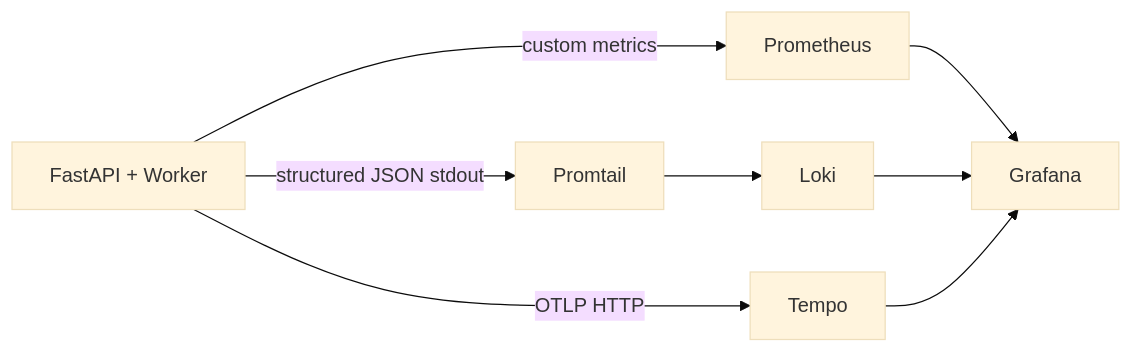
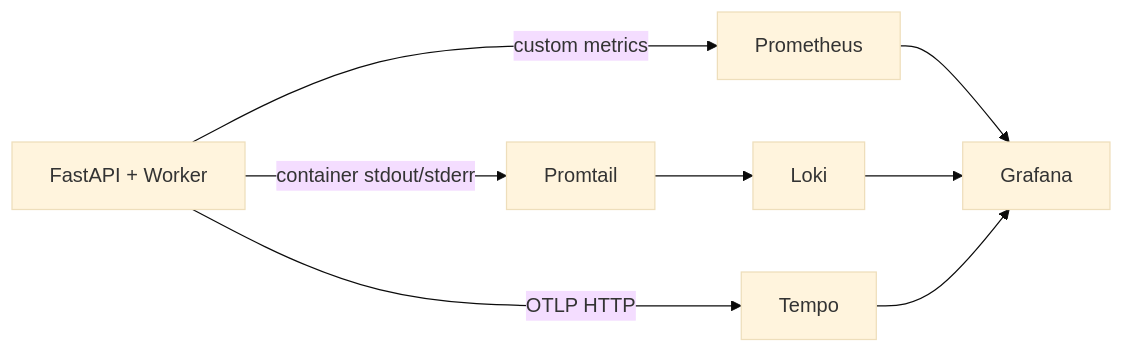
The diagram in docs/architecture/observability.md (Pragadeesh122/AgenticRag), drawn with Mermaid (base theme) before and after one commit. The commit also changed other lines of this file and 12 other files, not shown here.

Commit message:
Documentation sync with current architecture

````diff
--- a/docs/architecture/observability.md
+++ b/docs/architecture/observability.md
@@ -5,10 +5,10 @@
 ```mermaid
 flowchart LR
     API[FastAPI + Worker] -->|custom metrics| Prometheus
     API -->|OTLP HTTP| Tempo
-    API -->|structured JSON stdout| Promtail
+    API -->|container stdout/stderr| Promtail
     Promtail --> Loki
     Prometheus --> Grafana
     Loki --> Grafana
     Tempo --> Grafana
 ```
````
